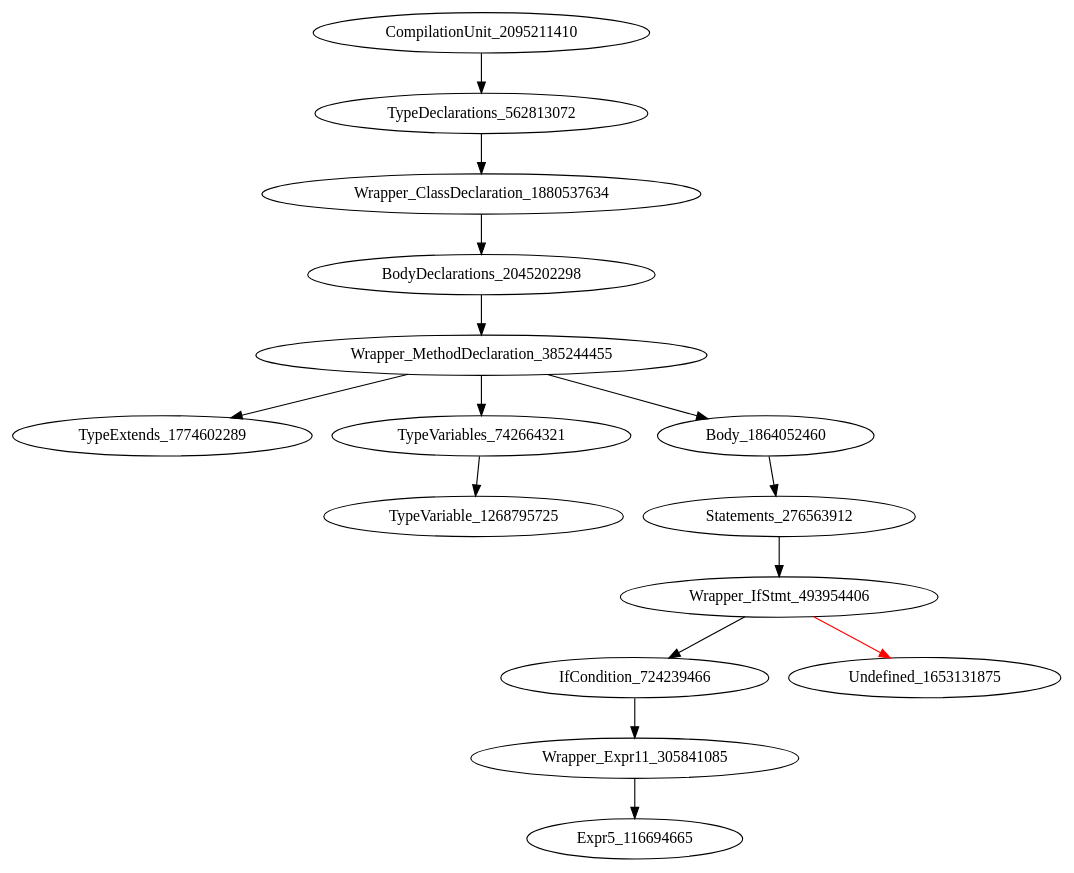
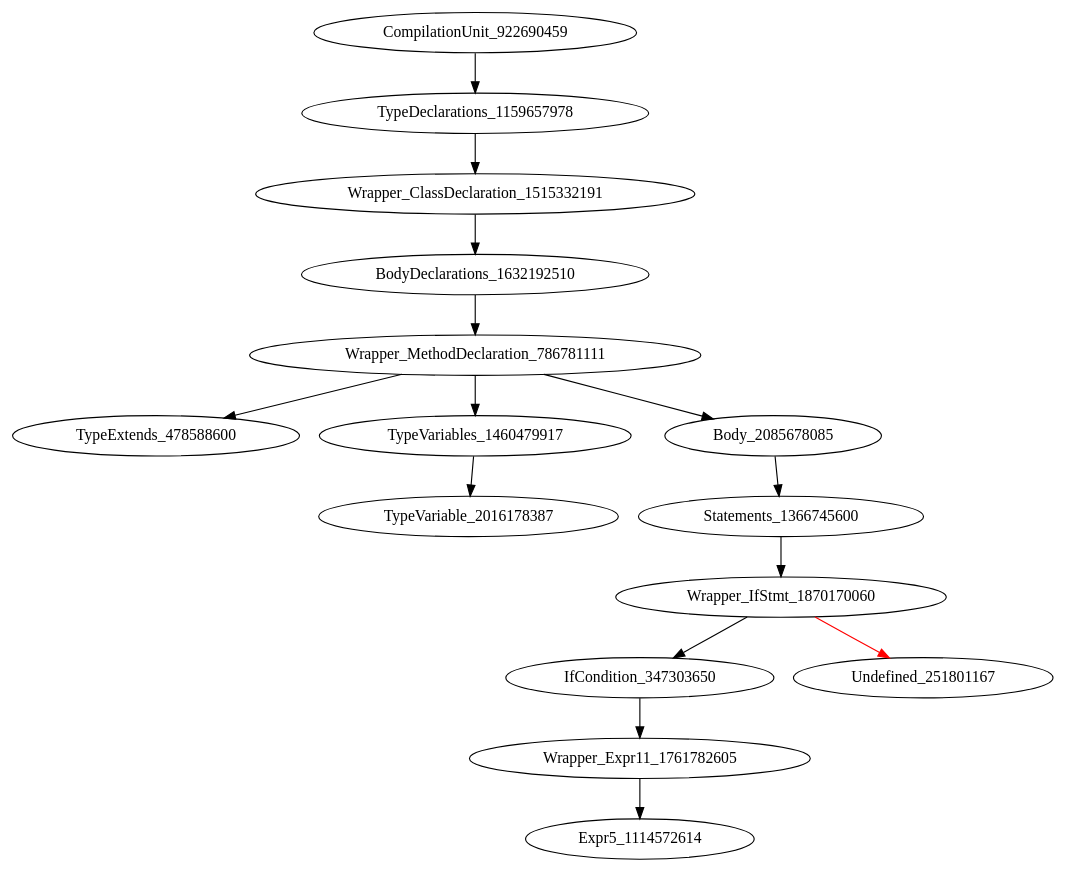
Before and after one commit to icse2023material/VoiceJava: the diagram in holeAST.dot, drawn with Graphviz. The commit also changed 13 other files, not shown here.

```diff
--- a/holeAST.dot
+++ b/holeAST.dot
@@ -1,16 +1,16 @@
 digraph {
-CompilationUnit_2095211410 -> TypeDeclarations_562813072
-TypeDeclarations_562813072 -> Wrapper_ClassDeclaration_1880537634
-Wrapper_ClassDeclaration_1880537634 -> BodyDeclarations_2045202298
-BodyDeclarations_2045202298 -> Wrapper_MethodDeclaration_385244455
-Wrapper_MethodDeclaration_385244455 -> TypeExtends_1774602289
-Wrapper_MethodDeclaration_385244455 -> TypeVariables_742664321
-Wrapper_MethodDeclaration_385244455 -> Body_1864052460
-TypeVariables_742664321 -> TypeVariable_1268795725
-Body_1864052460 -> Statements_276563912
-Statements_276563912 -> Wrapper_IfStmt_493954406
-Wrapper_IfStmt_493954406 -> IfCondition_724239466
-Wrapper_IfStmt_493954406 -> Undefined_1653131875 [color = red] 
-IfCondition_724239466 -> Wrapper_Expr11_305841085
-Wrapper_Expr11_305841085 -> Expr5_116694665
+CompilationUnit_922690459 -> TypeDeclarations_1159657978
+TypeDeclarations_1159657978 -> Wrapper_ClassDeclaration_1515332191
+Wrapper_ClassDeclaration_1515332191 -> BodyDeclarations_1632192510
+BodyDeclarations_1632192510 -> Wrapper_MethodDeclaration_786781111
+Wrapper_MethodDeclaration_786781111 -> TypeExtends_478588600
+Wrapper_MethodDeclaration_786781111 -> TypeVariables_1460479917
+Wrapper_MethodDeclaration_786781111 -> Body_2085678085
+TypeVariables_1460479917 -> TypeVariable_2016178387
+Body_2085678085 -> Statements_1366745600
+Statements_1366745600 -> Wrapper_IfStmt_1870170060
+Wrapper_IfStmt_1870170060 -> IfCondition_347303650
+Wrapper_IfStmt_1870170060 -> Undefined_251801167 [color = red] 
+IfCondition_347303650 -> Wrapper_Expr11_1761782605
+Wrapper_Expr11_1761782605 -> Expr5_1114572614
 }
```
